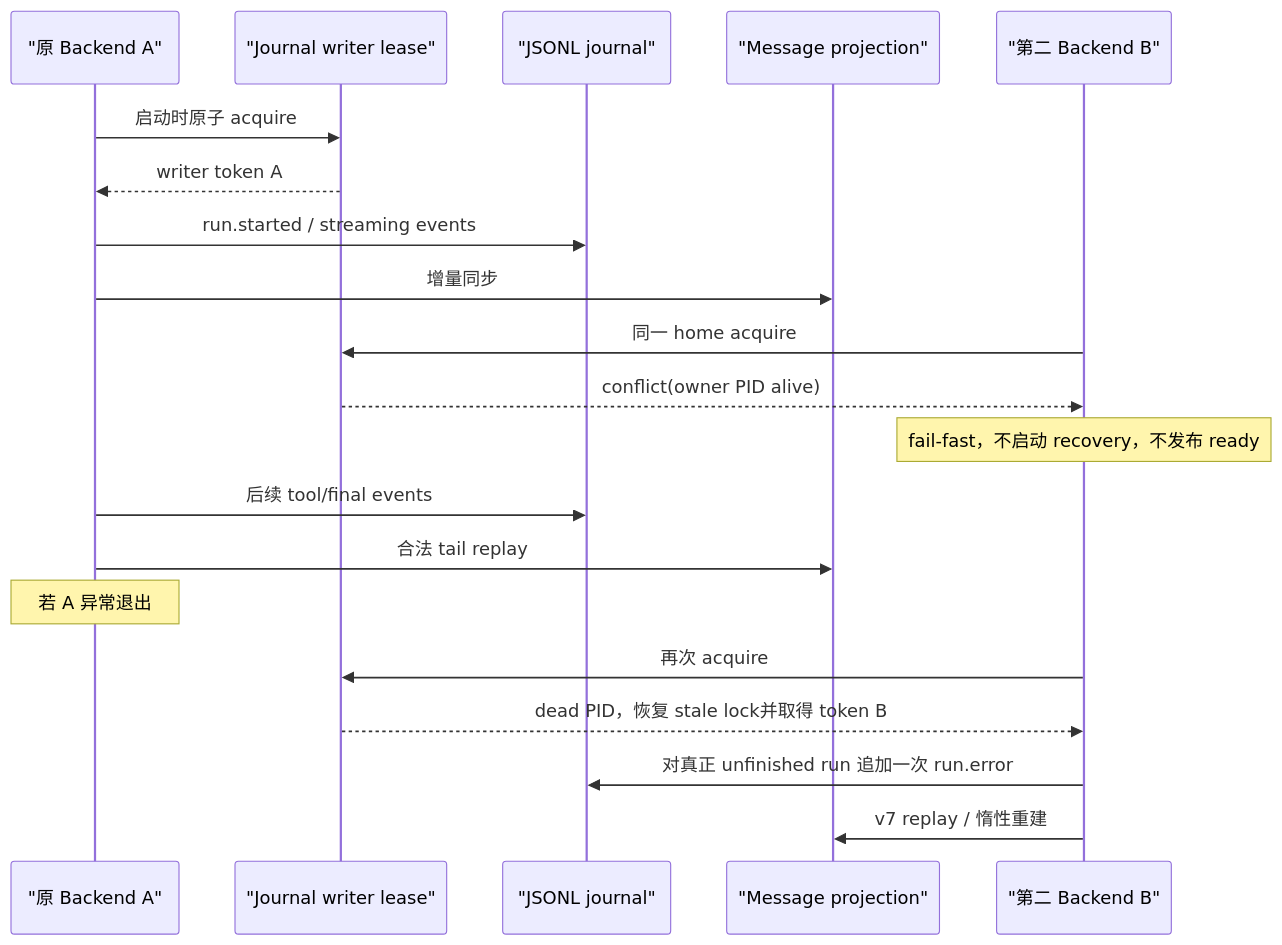
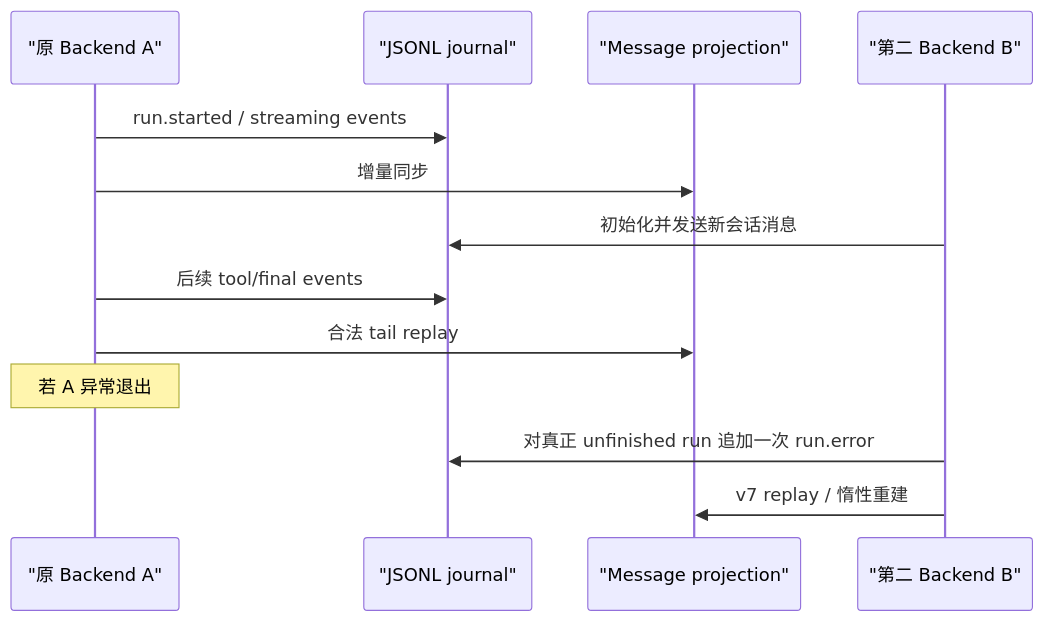
One commit to Peiiii/nextclaw changed the diagram in docs/designs/2026-08-22-session-interruption-projection-integrity.design.md. Above: the diagram before and after it, drawn with Mermaid. The commit also changed other lines of this file and 8 other files, not shown here.

````diff
--- a/docs/designs/2026-08-22-session-interruption-projection-integrity.design.md
+++ b/docs/designs/2026-08-22-session-interruption-projection-integrity.design.md
@@ -399,24 +366,17 @@
 ```mermaid
 sequenceDiagram
     participant A as "原 Backend A"
-    participant L as "Journal writer lease"
     participant J as "JSONL journal"
     participant P as "Message projection"
     participant B as "第二 Backend B"
 
-    A->>L: 启动时原子 acquire
-    L-->>A: writer token A
     A->>J: run.started / streaming events
     A->>P: 增量同步
-    B->>L: 同一 home acquire
-    L-->>B: conflict(owner PID alive)
-    Note over B: fail-fast，不启动 recovery，不发布 ready
+    B->>J: 初始化并发送新会话消息
     A->>J: 后续 tool/final events
     A->>P: 合法 tail replay
 
     Note over A: 若 A 异常退出
-    B->>L: 再次 acquire
-    L-->>B: dead PID，恢复 stale lock并取得 token B
     B->>J: 对真正 unfinished run 追加一次 run.error
     B->>P: v7 replay / 惰性重建
 ```
````
